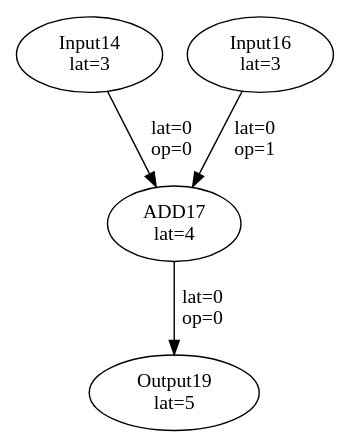
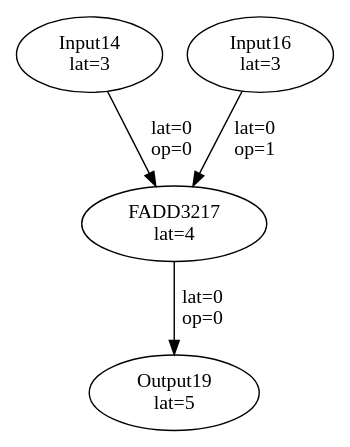
The diagram in experiments/EasyMLIRCall/tempfiles/mapped_dfg.dot (MIONkb/cgrv-opt), drawn with Graphviz before and after one commit. The commit also changed 255 other files, not shown here.

```diff
--- a/experiments/EasyMLIRCall/tempfiles/mapped_dfg.dot
+++ b/experiments/EasyMLIRCall/tempfiles/mapped_dfg.dot
@@ -1,9 +1,9 @@
 Digraph G {
 "Input14"[label = "\N\nlat=3"];
 "Input16"[label = "\N\nlat=3"];
-"ADD17"[label = "\N\nlat=4"];
-"Input14"->"ADD17"[label = "lat=0\nop=0"];
-"Input16"->"ADD17"[label = "lat=0\nop=1"];
+"FADD3217"[label = "\N\nlat=4"];
+"Input14"->"FADD3217"[label = "lat=0\nop=0"];
+"Input16"->"FADD3217"[label = "lat=0\nop=1"];
 "Output19"[label = "\N\nlat=5"];
-"ADD17"->"Output19"[label = "lat=0\nop=0"];
+"FADD3217"->"Output19"[label = "lat=0\nop=0"];
 }
```
